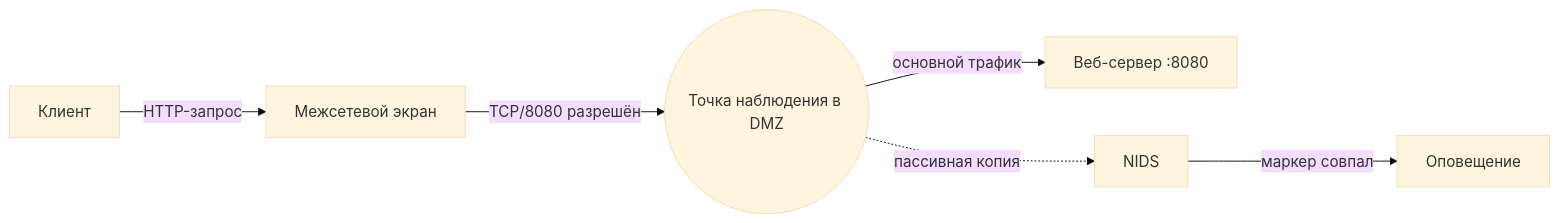
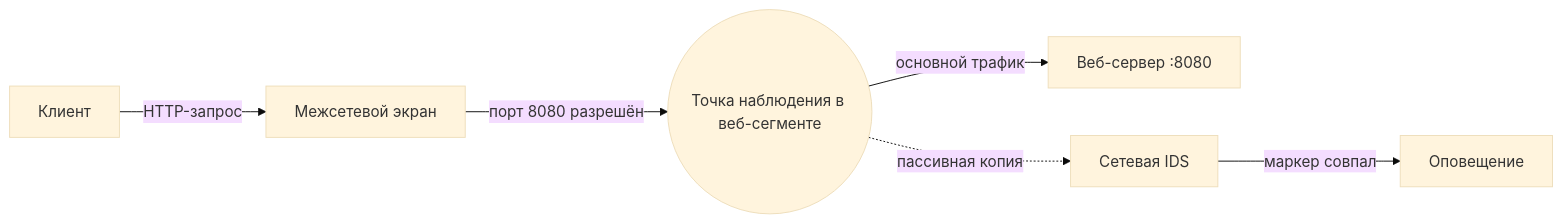
Before and after one commit to 11ndra/spvo: the fourth of 4 diagrams in docs/course/01-intro.md, drawn with Mermaid (base theme). The commit also changed other lines of this file and 16 other files, not shown here.

````diff
--- a/docs/course/01-intro.md
+++ b/docs/course/01-intro.md
@@ -344,8 +348,8 @@
 ```mermaid
 flowchart LR
     C[Клиент] -->|HTTP-запрос| F[Межсетевой экран]
-    F -->|TCP/8080 разрешён| S((Точка наблюдения в DMZ))
+    F -->|порт 8080 разрешён| S((Точка наблюдения в веб-сегменте))
     S -->|основной трафик| W[Веб-сервер :8080]
-    S -.->|пассивная копия| N[NIDS]
+    S -.->|пассивная копия| N[Сетевая IDS]
     N -->|маркер совпал| A[Оповещение]
 ```
````
